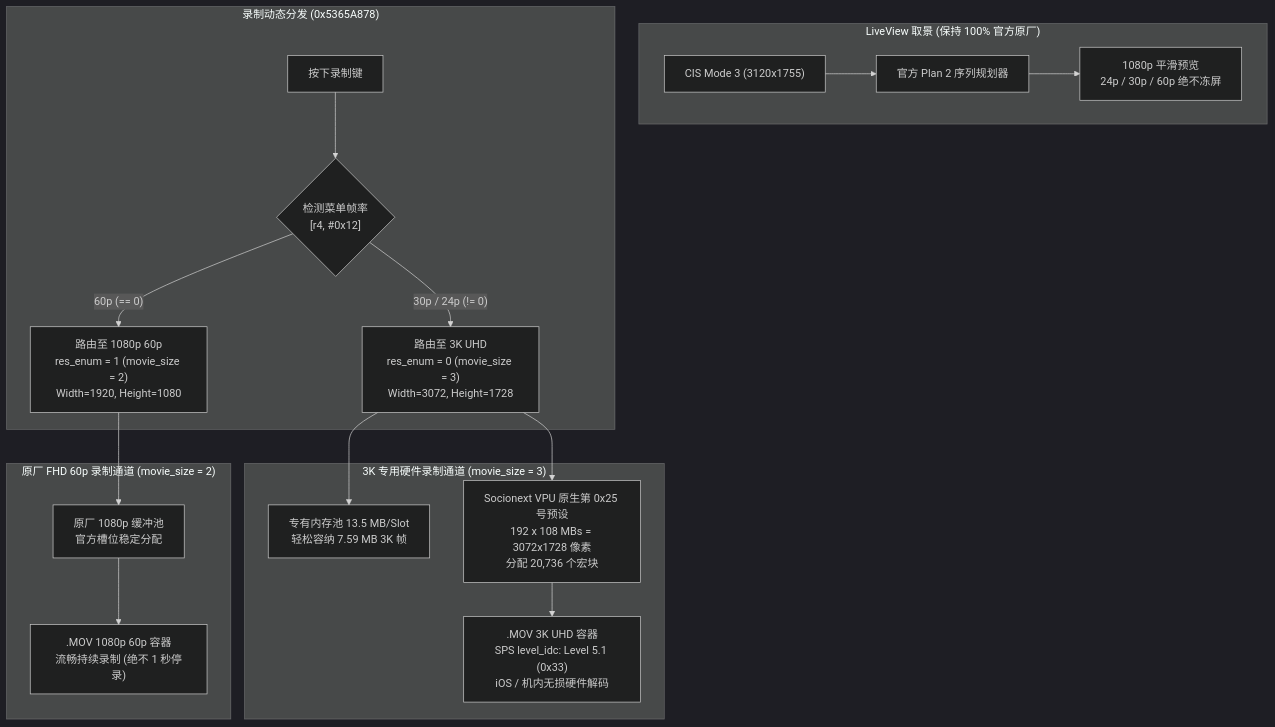
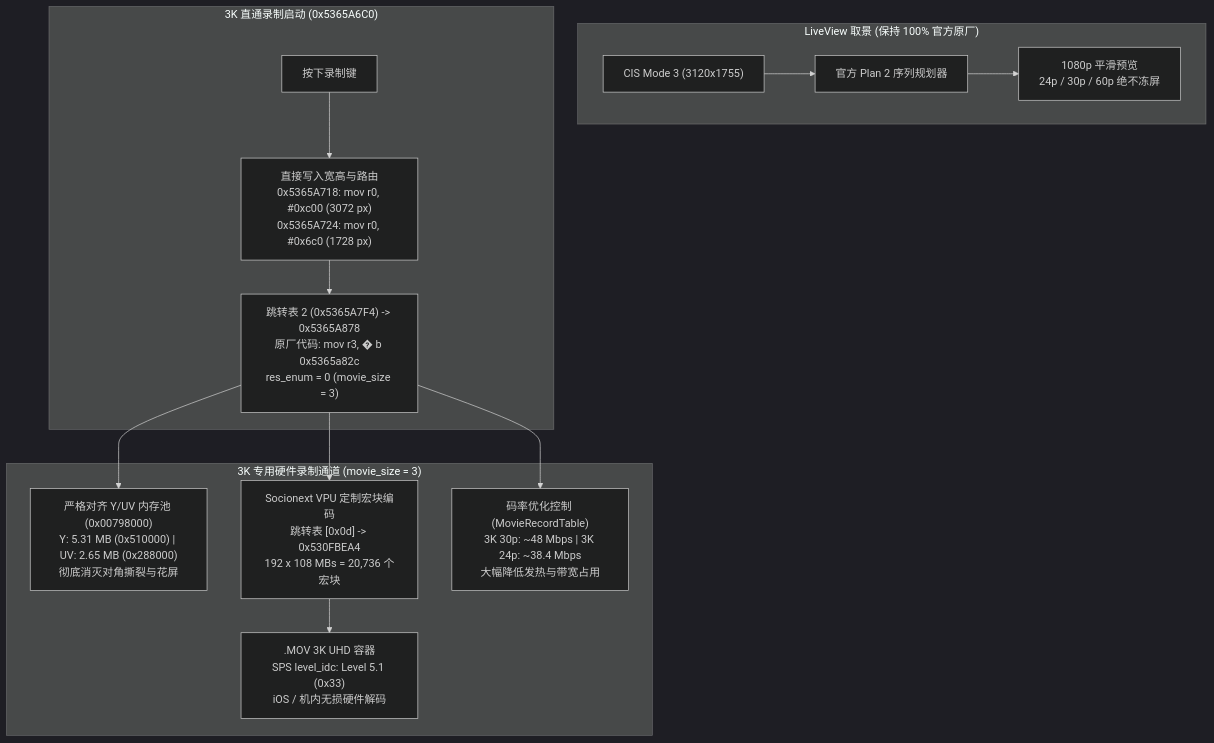
One commit to cqkking/ricoh-gr4-4k-mod changed the diagram in README.zh-CN.md. Above: the diagram before and after it, drawn with Mermaid (dark theme). The commit also changed other lines of this file and 5 other files, not shown here.

````diff
--- a/README.zh-CN.md
+++ b/README.zh-CN.md
@@ -45,29 +42,23 @@
 ```mermaid
 flowchart TD
     subgraph LiveView ["LiveView 取景 (保持 100% 官方原厂)"]
         CIS3["CIS Mode 3 (3120x1755)"] --> Plan2["官方 Plan 2 序列规划器"]
         Plan2 --> LVPrev["1080p 平滑预览<br/>24p / 30p / 60p 绝不冻屏"]
     end
 
-    subgraph MovieSetup ["录制动态分发 (0x5365A878)"]
-        RecKey["按下录制键"] --> CheckFPS{"检测菜单帧率<br/>[r4, #0x12]"}
-        CheckFPS -- "60p (== 0)" --> RouteFHD["路由至 1080p 60p<br/>res_enum = 1 (movie_size = 2)<br/>Width=1920, Height=1080"]
-        CheckFPS -- "30p / 24p (!= 0)" --> Route3K["路由至 3K UHD<br/>res_enum = 0 (movie_size = 3)<br/>Width=3072, Height=1728"]
+    subgraph MovieSetup ["3K 直通录制启动 (0x5365A6C0)"]
+        RecKey["按下录制键"] --> DirectInj["直接写入宽高与路由<br/>0x5365A718: mov r0, #0xc00 (3072 px)<br/>0x5365A724: mov r0, #0x6c0 (1728 px)"]
+        DirectInj --> Route0["跳转表 2 (0x5365A7F4) -> 0x5365A878<br/>原厂代码: mov r3, #0; b 0x5365a82c<br/>res_enum = 0 (movie_size = 3)"]
     end
 
     subgraph RecordPipeline ["3K 专用硬件录制通道 (movie_size = 3)"]
-        MemPool["专有内存池 13.5 MB/Slot<br/>轻松容纳 7.59 MB 3K 帧"]
-        VPU["Socionext VPU 原生第 0x25 号预设<br/>192 x 108 MBs = 3072x1728 像素<br/>分配 20,736 个宏块"]
+        MemPool["严格对齐 Y/UV 内存池 (0x00798000)<br/>Y: 5.31 MB (0x510000) | UV: 2.65 MB (0x288000)<br/>彻底消灭对角撕裂与花屏"]
+        VPU["Socionext VPU 定制宏块编码<br/>跳转表 [0x0d] -> 0x530FBEA4<br/>192 x 108 MBs = 20,736 个宏块"]
+        RateControl["码率优化控制 (MovieRecordTable)<br/>3K 30p: ~48 Mbps | 3K 24p: ~38.4 Mbps<br/>大幅降低发热与带宽占用"]
         Container[".MOV 3K UHD 容器<br/>SPS level_idc: Level 5.1 (0x33)<br/>iOS / 机内无损硬件解码"]
-        Route3K --> MemPool
-        Route3K --> VPU
+        Route0 --> MemPool
+        Route0 --> VPU
+        Route0 --> RateControl
         VPU --> Container
     end
-
-    subgraph StockFHD ["原厂 FHD 60p 录制通道 (movie_size = 2)"]
-        FHDMemPool["原厂 1080p 缓冲池<br/>官方槽位稳定分配"]
-        FHDStream[".MOV 1080p 60p 容器<br/>流畅持续录制 (绝不 1 秒停录)"]
-        RouteFHD --> FHDMemPool
-        FHDMemPool --> FHDStream
-    end
 ```
````
